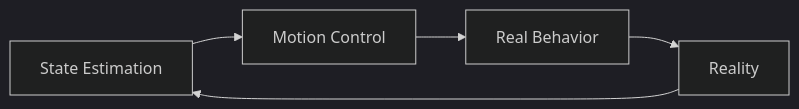
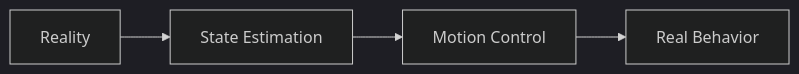
One commit to aditya-shriwastava/Notes changed the second of 3 diagrams in tesla_ai_day_2022.md. Above: the diagram before and after it, drawn with Mermaid (dark theme). The commit also changed other lines of this file and 7 other files, not shown here.

````diff
--- a/tesla_ai_day_2022.md
+++ b/tesla_ai_day_2022.md
@@ -33,10 +40,9 @@
 ```mermaid
 flowchart LR
 	se[State Estimation]
 	mc[Motion Control]
 	rb[Real Behavior]
 	r[Reality]
 
-	se --> mc --> rb
-	rb --> r --> se
+	r --> se --> mc --> rb
 ```
````
